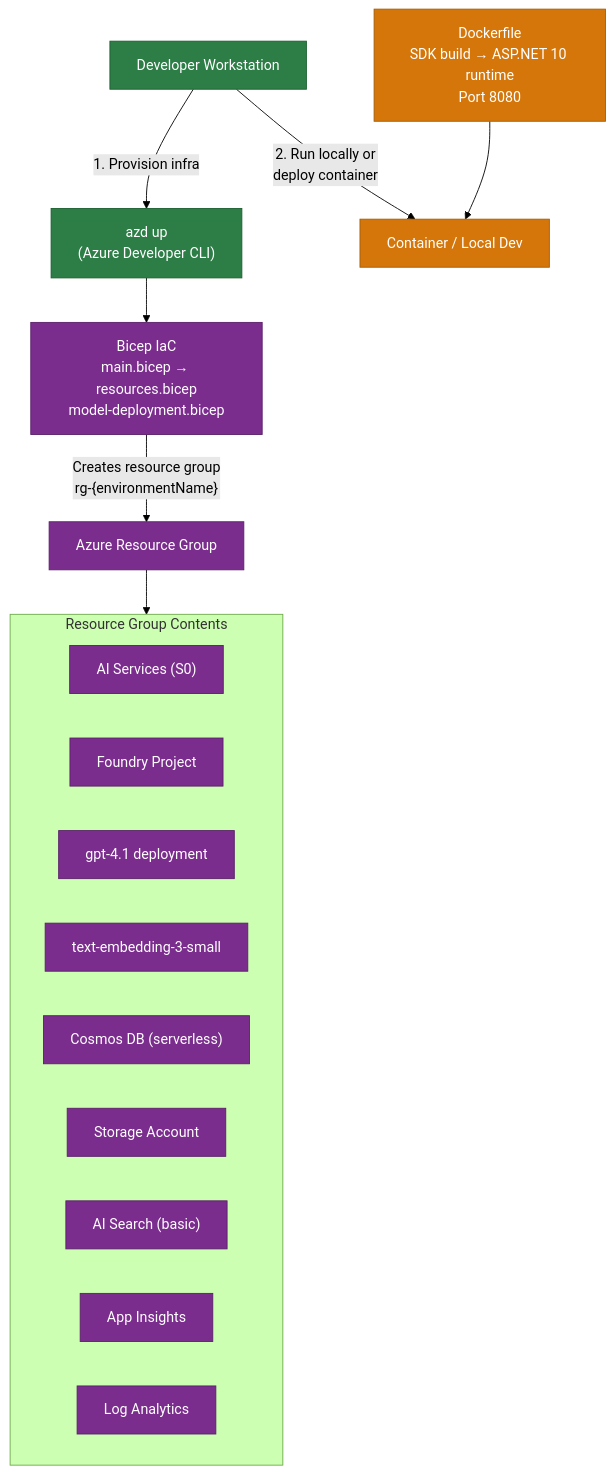
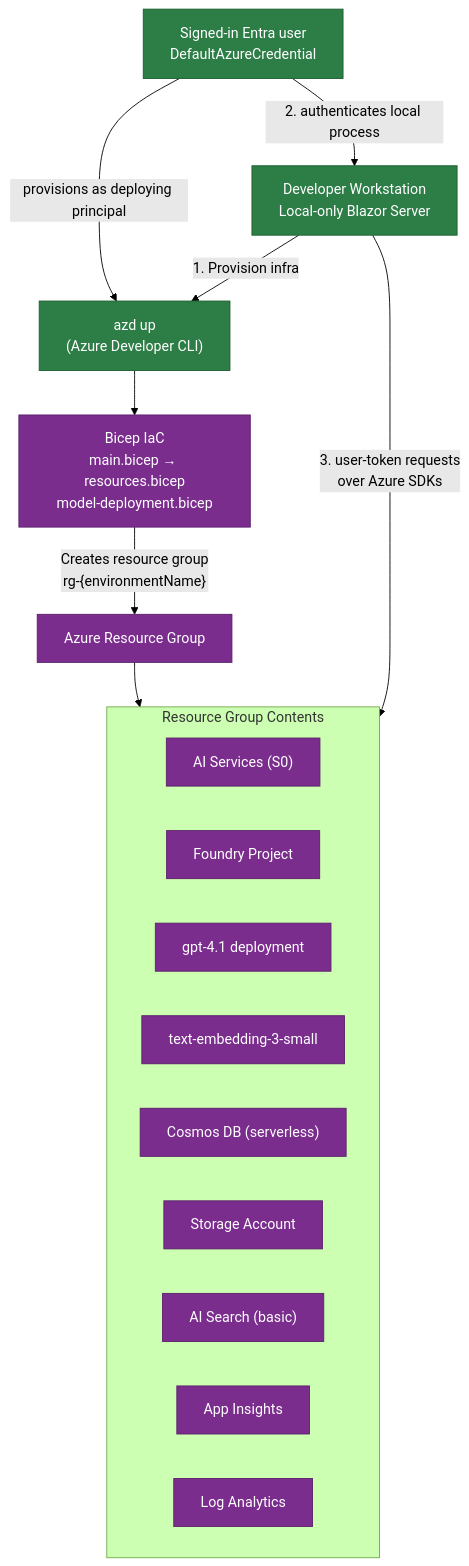
One commit to garylumsden/azure-agent-council-template changed the fourth of 5 diagrams in ARCHITECTURE.md. Above: the diagram before and after it, drawn with Mermaid (forest theme). The commit also changed other lines of this file and 3 other files, not shown here.

First line of the commit message:
Document local-only runtime and user identity authentication

````diff
--- a/ARCHITECTURE.md
+++ b/ARCHITECTURE.md
@@ -206,33 +212,32 @@
 ```mermaid
 graph TB
     classDef infra fill:#7B2D8E,stroke:#5A1F6A,color:#fff
     classDef deploy fill:#2D7D46,stroke:#1B5E2E,color:#fff
-    classDef container fill:#D4760A,stroke:#A35D08,color:#fff
 
-    Dev["Developer Workstation"]:::deploy
+    Dev["Developer Workstation<br/>Local-only Blazor Server"]:::deploy
+    UserIdentity["Signed-in Entra user<br/>DefaultAzureCredential"]:::deploy
     AZD["azd up<br/>(Azure Developer CLI)"]:::deploy
     Bicep["Bicep IaC<br/>main.bicep → resources.bicep<br/>model-deployment.bicep"]:::infra
 
+    UserIdentity -->|"provisions as deploying principal"| AZD
     Dev -->|"1. Provision infra"| AZD
+    UserIdentity -->|"2. authenticates local process"| Dev
     AZD --> Bicep
     Bicep -->|"Creates resource group<br/>rg-{environmentName}"| RG["Azure Resource Group"]:::infra
 
     subgraph RG_Contents["Resource Group Contents"]
         direction LR
         R1["AI Services (S0)"]:::infra
         R2["Foundry Project"]:::infra
         R3["gpt-4.1 deployment"]:::infra
         R5["text-embedding-3-small"]:::infra
         R6["Cosmos DB (serverless)"]:::infra
         R7["Storage Account"]:::infra
         R8["AI Search (basic)"]:::infra
         R9["App Insights"]:::infra
         R10["Log Analytics"]:::infra
     end
 
     RG --> RG_Contents
-
-    Dockerfile["Dockerfile<br/>SDK build → ASP.NET 10 runtime<br/>Port 8080"]:::container
-    Dev -->|"2. Run locally or<br/>deploy container"| Container["Container / Local Dev"]:::container
-    Dockerfile --> Container
+    Dev -->|"3. user-token requests<br/>over Azure SDKs"| RG_Contents
 ```
````
